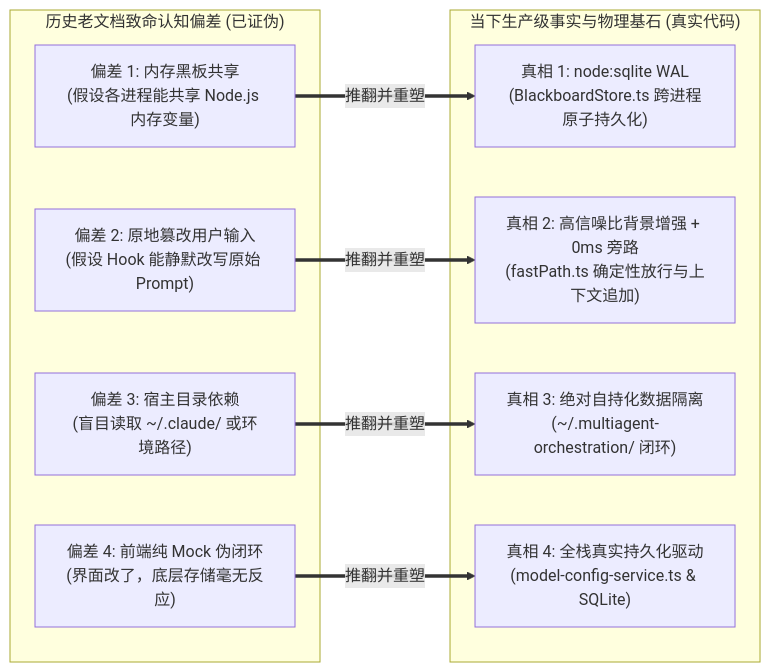
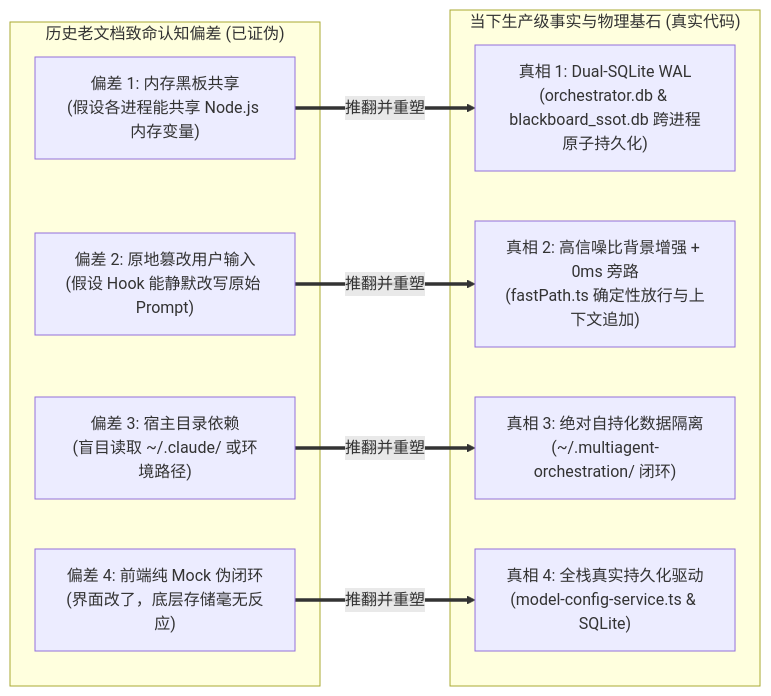
One commit to XRSec/multiagent-orchestration changed the sixth of 6 diagrams in docs/architecture/enterprise-multiagent-orchestration-architecture-compendium.md. Above: the diagram before and after it, drawn with Mermaid. The commit also changed other lines of this file and 218 other files, not shown here.

Commit message:
docs(arch): harmonize v4.1 architecture parameters, bot 4-pack assets, and SSOT specs

````diff
--- a/docs/architecture/enterprise-multiagent-orchestration-architecture-compendium.md
+++ b/docs/architecture/enterprise-multiagent-orchestration-architecture-compendium.md
@@ -569,21 +572,21 @@
 ```mermaid
 flowchart LR
     subgraph OldFallacies["历史老文档致命认知偏差 (已证伪)"]
         F1["偏差 1: 内存黑板共享<br/>(假设各进程能共享 Node.js 内存变量)"]
         F2["偏差 2: 原地篡改用户输入<br/>(假设 Hook 能静默改写原始 Prompt)"]
         F3["偏差 3: 宿主目录依赖<br/>(盲目读取 ~/.claude/ 或环境路径)"]
         F4["偏差 4: 前端纯 Mock 伪闭环<br/>(界面改了，底层存储毫无反应)"]
     end
 
     subgraph ModernTruth["当下生产级事实与物理基石 (真实代码)"]
-        T1["真相 1: node:sqlite WAL<br/>(BlackboardStore.ts 跨进程原子持久化)"]
+        T1["真相 1: Dual-SQLite WAL<br/>(orchestrator.db & blackboard_ssot.db 跨进程原子持久化)"]
         T2["真相 2: 高信噪比背景增强 + 0ms 旁路<br/>(fastPath.ts 确定性放行与上下文追加)"]
         T3["真相 3: 绝对自持化数据隔离<br/>(~/.multiagent-orchestration/ 闭环)"]
         T4["真相 4: 全栈真实持久化驱动<br/>(model-config-service.ts & SQLite)"]
     end
 
     F1 ==>|推翻并重塑| T1
     F2 ==>|推翻并重塑| T2
     F3 ==>|推翻并重塑| T3
     F4 ==>|推翻并重塑| T4
 ```
````
